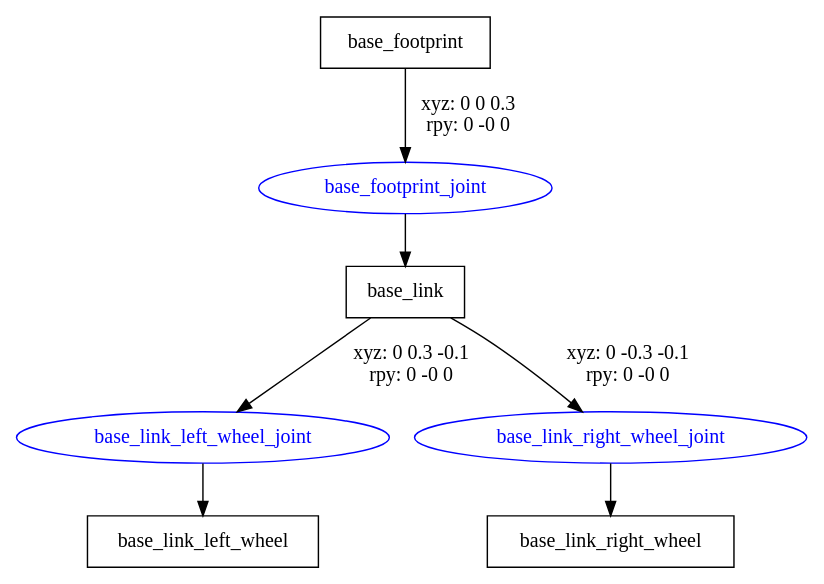
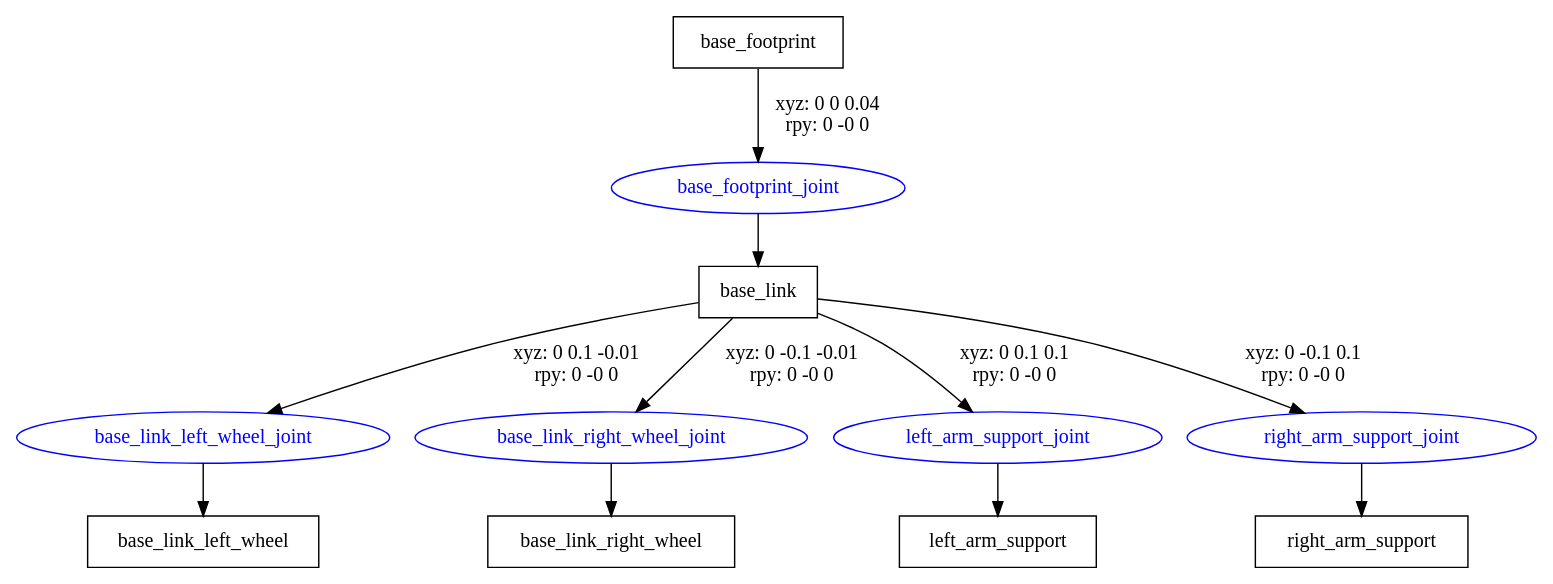
Before and after one commit to cvra/cvra_debra_ros: the diagram in debra_description/urdf/debra.gv, drawn with Graphviz. The commit also changed 7 other files, not shown here.

Commit message:
Add arm support as link fixed to base

```diff
--- a/debra_description/urdf/debra.gv
+++ b/debra_description/urdf/debra.gv
@@ -1,14 +1,20 @@
 digraph G {
 node [shape=box];
 "base_footprint" [label="base_footprint"];
 "base_link" [label="base_link"];
 "base_link_left_wheel" [label="base_link_left_wheel"];
 "base_link_right_wheel" [label="base_link_right_wheel"];
+"left_arm_support" [label="left_arm_support"];
+"right_arm_support" [label="right_arm_support"];
 node [shape=ellipse, color=blue, fontcolor=blue];
-"base_footprint" -> "base_footprint_joint" [label="xyz: 0 0 0.3 \nrpy: 0 -0 0"]
+"base_footprint" -> "base_footprint_joint" [label="xyz: 0 0 0.04 \nrpy: 0 -0 0"]
 "base_footprint_joint" -> "base_link"
-"base_link" -> "base_link_left_wheel_joint" [label="xyz: 0 0.3 -0.1 \nrpy: 0 -0 0"]
+"base_link" -> "base_link_left_wheel_joint" [label="xyz: 0 0.1 -0.01 \nrpy: 0 -0 0"]
 "base_link_left_wheel_joint" -> "base_link_left_wheel"
-"base_link" -> "base_link_right_wheel_joint" [label="xyz: 0 -0.3 -0.1 \nrpy: 0 -0 0"]
+"base_link" -> "base_link_right_wheel_joint" [label="xyz: 0 -0.1 -0.01 \nrpy: 0 -0 0"]
 "base_link_right_wheel_joint" -> "base_link_right_wheel"
+"base_link" -> "left_arm_support_joint" [label="xyz: 0 0.1 0.1 \nrpy: 0 -0 0"]
+"left_arm_support_joint" -> "left_arm_support"
+"base_link" -> "right_arm_support_joint" [label="xyz: 0 -0.1 0.1 \nrpy: 0 -0 0"]
+"right_arm_support_joint" -> "right_arm_support"
 }
```
